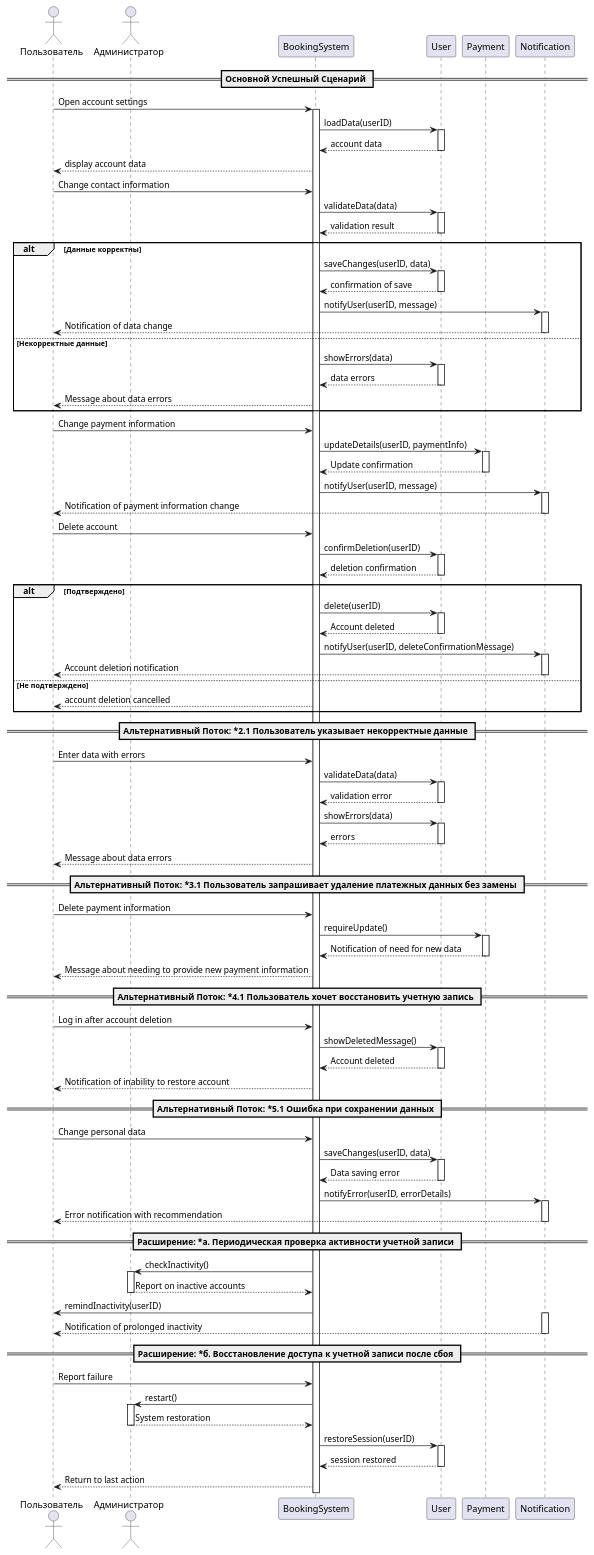
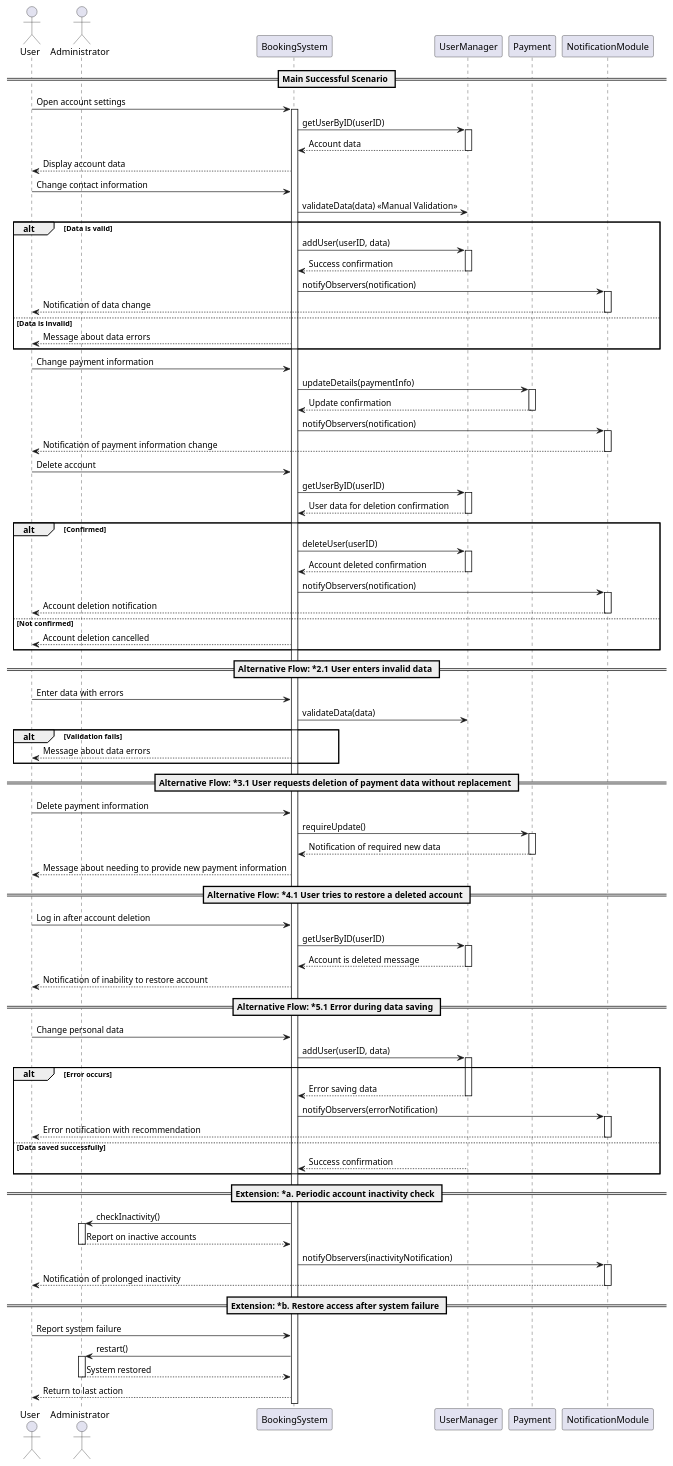
One commit to penamarth/bsbo-01-22_team4_var8 changed the diagram in precedents/AccountsManagement/SequenceDiagram.md. Above: the diagram before and after it, drawn with PlantUML. The commit also changed 2 other files, not shown here.

Commit message:
update AccountsManagement

````diff
--- a/precedents/AccountsManagement/SequenceDiagram.md
+++ b/precedents/AccountsManagement/SequenceDiagram.md
@@ -1,154 +1,138 @@
 ```plantuml
 @startuml
 
-actor "Пользователь" as User
-actor "Администратор" as Admin
+actor "User" as User
+actor "Administrator" as Admin
 
 participant "BookingSystem" as System
-participant "User" as Account
+participant "UserManager" as UserManager
 participant "Payment" as Payment
-participant "Notification" as Notifier
+participant "NotificationModule" as Notifier
 
-== Основной Успешный Сценарий ==
+== Main Successful Scenario ==
 
 User -> System : Open account settings
 activate System
 
-System -> Account : loadData(userID)
-activate Account
-Account --> System : account data
-deactivate Account
+System -> UserManager : getUserByID(userID)
+activate UserManager
+UserManager --> System : Account data
+deactivate UserManager
 
-System --> User : display account data
+System --> User : Display account data
 
 User -> System : Change contact information
-System -> Account : validateData(data)
-activate Account
-Account --> System : validation result
-deactivate Account
+System -> UserManager : validateData(data) <<Manual Validation>> 
+alt Data is valid
+    System -> UserManager : addUser(userID, data)
+    activate UserManager
+    UserManager --> System : Success confirmation
+    deactivate UserManager
 
-alt Данные корректны
-    System -> Account : saveChanges(userID, data)
-    activate Account
-    Account --> System : confirmation of save
-    deactivate Account
-
-    System -> Notifier : notifyUser(userID, message)
+    System -> Notifier : notifyObservers(notification)
     activate Notifier
     Notifier --> User : Notification of data change
     deactivate Notifier
-else Некорректные данные
-    System -> Account : showErrors(data)
-    activate Account
-    Account --> System : data errors
-    deactivate Account
-
+else Data is invalid
     System --> User : Message about data errors
 end
 
 User -> System : Change payment information
-System -> Payment : updateDetails(userID, paymentInfo)
+System -> Payment : updateDetails(paymentInfo)
 activate Payment
 Payment --> System : Update confirmation
 deactivate Payment
 
-System -> Notifier : notifyUser(userID, message)
+System -> Notifier : notifyObservers(notification)
 activate Notifier
 Notifier --> User : Notification of payment information change
 deactivate Notifier
 
 User -> System : Delete account
-System -> Account : confirmDeletion(userID)
-activate Account
-Account --> System : deletion confirmation
-deactivate Account
+System -> UserManager : getUserByID(userID)
+activate UserManager
+UserManager --> System : User data for deletion confirmation
+deactivate UserManager
 
-alt Подтверждено
-    System -> Account : delete(userID)
-    activate Account
-    Account --> System : Account deleted
-    deactivate Account
+alt Confirmed
+    System -> UserManager : deleteUser(userID)
+    activate UserManager
+    UserManager --> System : Account deleted confirmation
+    deactivate UserManager
 
-    System -> Notifier : notifyUser(userID, deleteConfirmationMessage)
+    System -> Notifier : notifyObservers(notification)
     activate Notifier
     Notifier --> User : Account deletion notification
     deactivate Notifier
-else Не подтверждено
-    System --> User : account deletion cancelled
+else Not confirmed
+    System --> User : Account deletion cancelled
 end
 
-== Альтернативный Поток: *2.1 Пользователь указывает некорректные данные ==
+== Alternative Flow: *2.1 User enters invalid data ==
 
 User -> System : Enter data with errors
-System -> Account : validateData(data)
-activate Account
-Account --> System : validation error
-deactivate Account
+System -> UserManager : validateData(data)
+alt Validation fails
+    System --> User : Message about data errors
+end
 
-System -> Account : showErrors(data)
-activate Account
-Account --> System : errors
-deactivate Account
-
-System --> User : Message about data errors
-
-== Альтернативный Поток: *3.1 Пользователь запрашивает удаление платежных данных без замены ==
+== Alternative Flow: *3.1 User requests deletion of payment data without replacement ==
 
 User -> System : Delete payment information
 System -> Payment : requireUpdate()
 activate Payment
-Payment --> System : Notification of need for new data
+Payment --> System : Notification of required new data
 deactivate Payment
 
 System --> User : Message about needing to provide new payment information
 
-== Альтернативный Поток: *4.1 Пользователь хочет восстановить учетную запись ==
+== Alternative Flow: *4.1 User tries to restore a deleted account ==
 
 User -> System : Log in after account deletion
-System -> Account : showDeletedMessage()
-activate Account
-Account --> System : Account deleted
-deactivate Account
+System -> UserManager : getUserByID(userID)
+activate UserManager
+UserManager --> System : Account is deleted message
+deactivate UserManager
 
 System --> User : Notification of inability to restore account
 
-== Альтернативный Поток: *5.1 Ошибка при сохранении данных ==
+== Alternative Flow: *5.1 Error during data saving ==
 
 User -> System : Change personal data
-System -> Account : saveChanges(userID, data)
-activate Account
-Account --> System : Data saving error
-deactivate Account
+System -> UserManager : addUser(userID, data)
+activate UserManager
+alt Error occurs
+    UserManager --> System : Error saving data
+    deactivate UserManager
 
-System -> Notifier : notifyError(userID, errorDetails)
-activate Notifier
-Notifier --> User : Error notification with recommendation
-deactivate Notifier
+    System -> Notifier : notifyObservers(errorNotification)
+    activate Notifier
+    Notifier --> User : Error notification with recommendation
+    deactivate Notifier
+else Data saved successfully
+    UserManager --> System : Success confirmation
+    deactivate UserManager
+end
 
-== Расширение: *а. Периодическая проверка активности учетной записи ==
+== Extension: *a. Periodic account inactivity check ==
 
 System -> Admin : checkInactivity()
 activate Admin
 Admin --> System : Report on inactive accounts
 deactivate Admin
 
-System -> User : remindInactivity(userID)
+System -> Notifier : notifyObservers(inactivityNotification)
 activate Notifier
 Notifier --> User : Notification of prolonged inactivity
 deactivate Notifier
 
-== Расширение: *б. Восстановление доступа к учетной записи после сбоя ==
+== Extension: *b. Restore access after system failure ==
 
-User -> System : Report failure
+User -> System : Report system failure
 System -> Admin : restart()
 activate Admin
-Admin --> System : System restoration
+Admin --> System : System restored
 deactivate Admin
-
-System -> Account : restoreSession(userID)
-activate Account
-Account --> System : session restored
-deactivate Account
 
 System --> User : Return to last action
 
````
